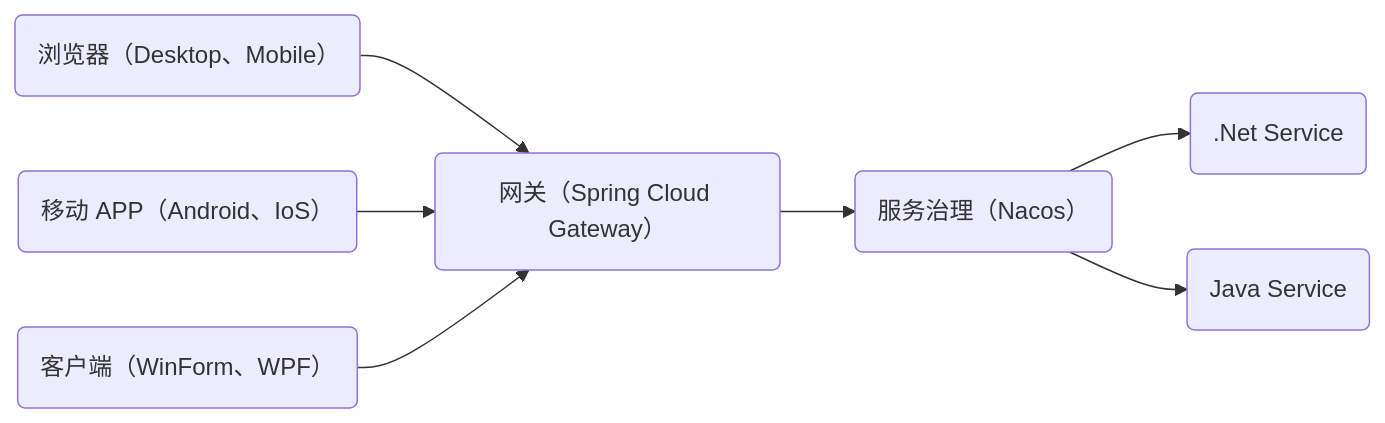
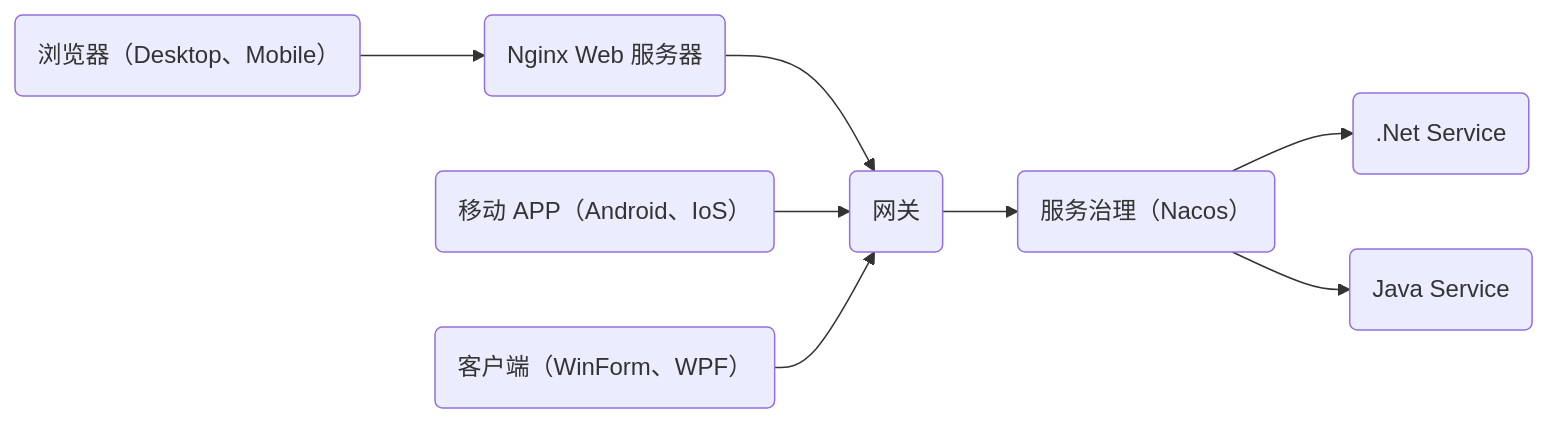
The first of 2 diagrams in microservices/README.md (nbaxp/examples), drawn with Mermaid before and after one commit.

````diff
--- a/microservices/README.md
+++ b/microservices/README.md
@@ -5,9 +5,9 @@
 ```mermaid
 graph LR
-Browser(浏览器（Desktop、Mobile）)-->Gateway(网关（Spring Cloud Gateway）)
+Browser(浏览器（Desktop、Mobile）)-->Nginx(Nginx Web 服务器)-->Gateway(网关)
 APP(移动 APP（Android、IoS）)-->Gateway
 客户端(客户端（WinForm、WPF）)-->Gateway
 Gateway-->服务治理(服务治理（Nacos）)
 服务治理-->dotnet(.Net Service)
 服务治理-->java(Java Service)
 ```
````
